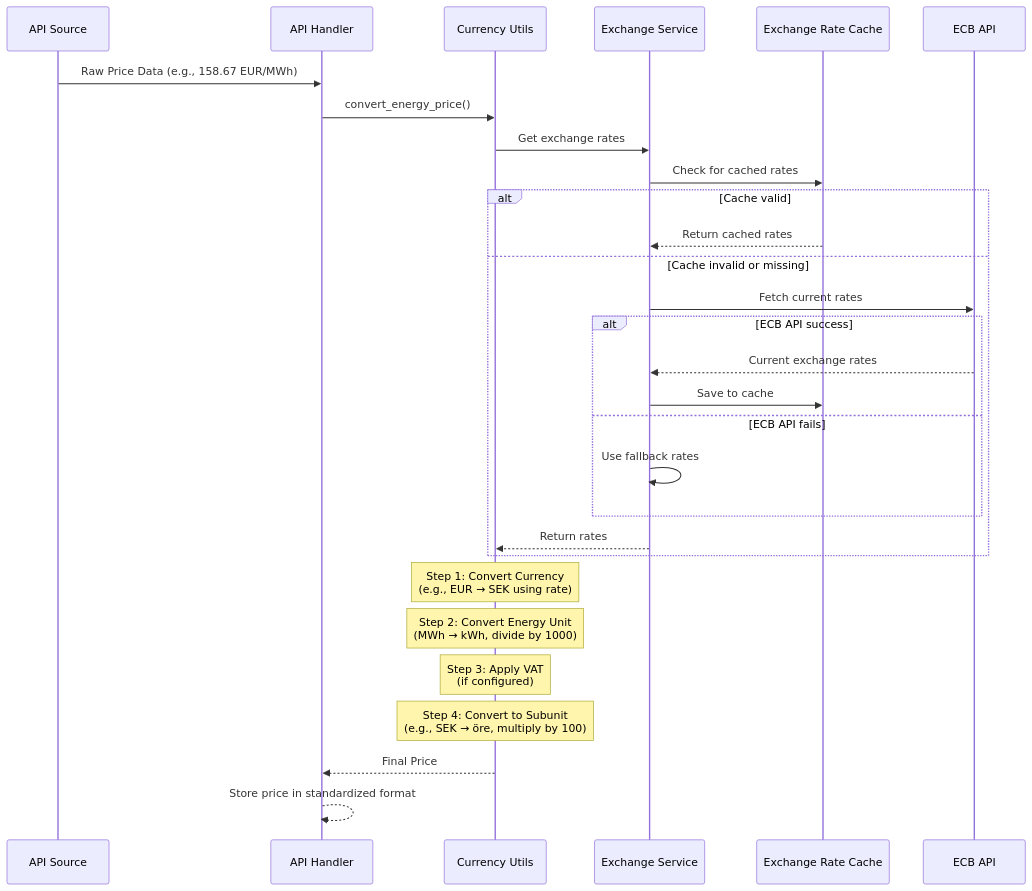
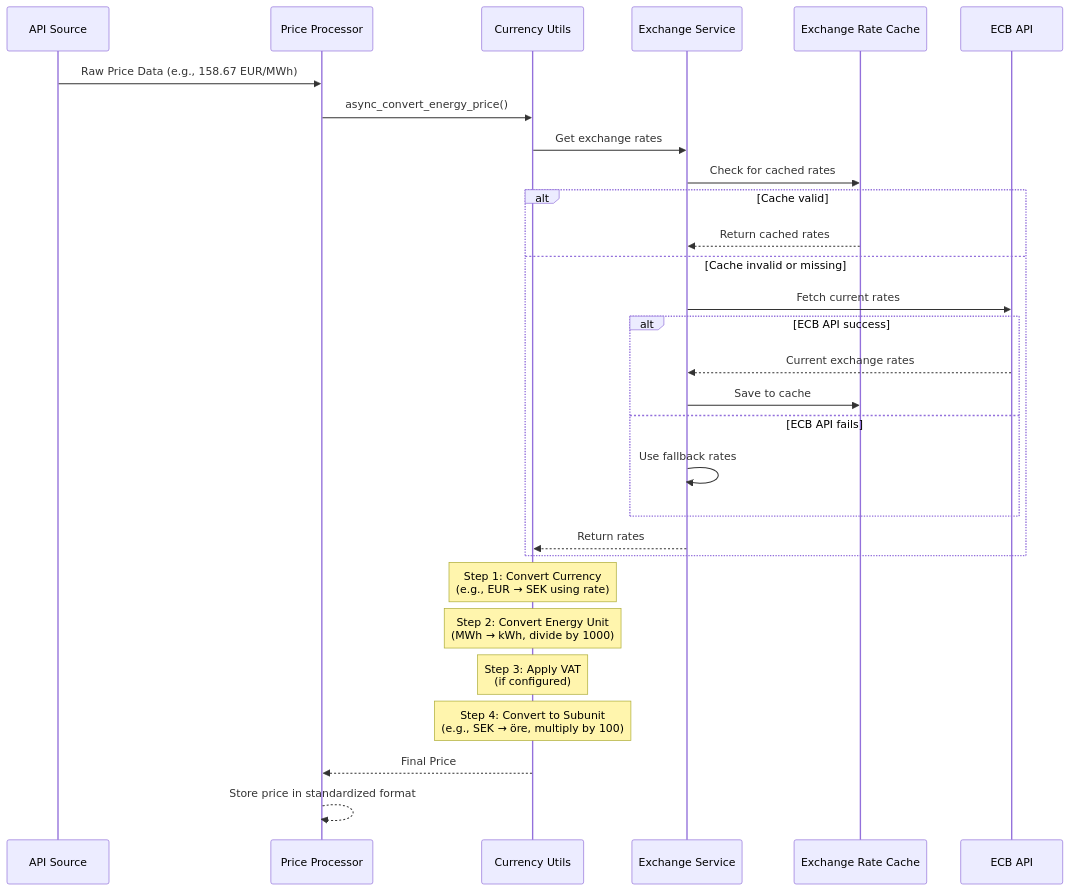
One commit to enoch85/ge-spot changed the fourth of 5 diagrams in README.md. Above: the diagram before and after it, drawn with Mermaid. The commit also changed other lines of this file, not shown here.

````diff
--- a/README.md
+++ b/README.md
@@ -73,39 +132,39 @@
 ```mermaid
 sequenceDiagram
     participant API as API Source
-    participant Handler as API Handler
+    participant Processor as Price Processor
     participant Converter as Currency Utils
     participant Exchange as Exchange Service
     participant Cache as Exchange Rate Cache
     participant ECB as ECB API
     
-    API->>Handler: Raw Price Data (e.g., 158.67 EUR/MWh)
+    API->>Processor: Raw Price Data (e.g., 158.67 EUR/MWh)
     
-    Handler->>Converter: convert_energy_price()
+    Processor->>Converter: async_convert_energy_price()
     
     Converter->>Exchange: Get exchange rates
     Exchange->>Cache: Check for cached rates
     
     alt Cache valid
         Cache-->>Exchange: Return cached rates
     else Cache invalid or missing
         Exchange->>ECB: Fetch current rates
         
         alt ECB API success
             ECB-->>Exchange: Current exchange rates
             Exchange->>Cache: Save to cache
         else ECB API fails
             Exchange->>Exchange: Use fallback rates
         end
         
         Exchange-->>Converter: Return rates
     end
     
     Note over Converter: Step 1: Convert Currency<br>(e.g., EUR → SEK using rate)
     Note over Converter: Step 2: Convert Energy Unit<br>(MWh → kWh, divide by 1000)
     Note over Converter: Step 3: Apply VAT<br>(if configured)
     Note over Converter: Step 4: Convert to Subunit<br>(e.g., SEK → öre, multiply by 100)
     
-    Converter-->>Handler: Final Price
-    Handler-->>Handler: Store price in standardized format
+    Converter-->>Processor: Final Price
+    Processor-->>Processor: Store price in standardized format
 ```
````
